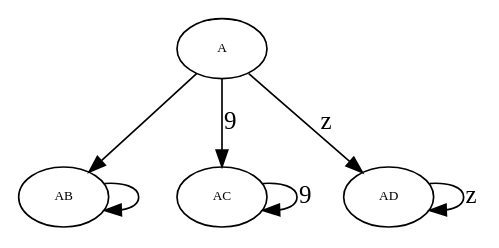
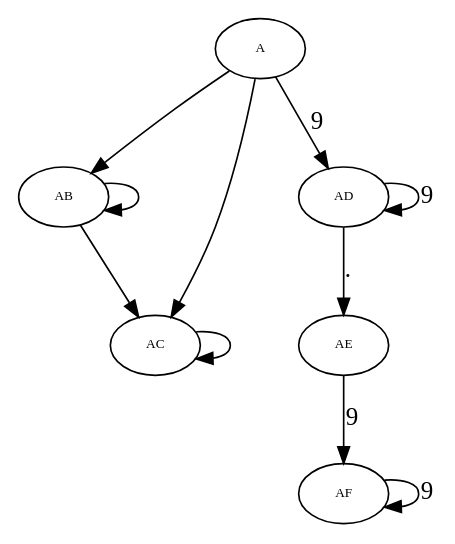
Before and after one commit to GDawg4/P1: the diagram in graph_direct_other.dot, drawn with Graphviz. The commit also changed 15 other files, not shown here.

```diff
--- a/graph_direct_other.dot
+++ b/graph_direct_other.dot
@@ -1,51 +1,81 @@
 digraph RGL__DirectedAdjacencyGraph {
     A [
         fontsize = 8,
         label = A
     ]
 
     AB [
         fontsize = 8,
         label = AB
     ]
 
     AC [
         fontsize = 8,
         label = AC
     ]
 
     AD [
         fontsize = 8,
         label = AD
     ]
 
+    AE [
+        fontsize = 8,
+        label = AE
+    ]
+
+    AF [
+        fontsize = 8,
+        label = AF
+    ]
+
     A -> AB [
+        fontsize = 15,
+        label = "	"
+    ]
+
+    A -> AC [
         fontsize = 15,
         label = " "
     ]
 
-    A -> AC [
+    A -> AD [
         fontsize = 15,
         label = 9
     ]
 
-    A -> AD [
+    AB -> AB [
         fontsize = 15,
-        label = z
+        label = "	"
     ]
 
-    AB -> AB [
+    AB -> AC [
         fontsize = 15,
         label = " "
     ]
 
     AC -> AC [
         fontsize = 15,
-        label = 9
+        label = " "
     ]
 
     AD -> AD [
         fontsize = 15,
-        label = z
+        label = 9
+    ]
+
+    AD -> AE [
+        fontsize = 15,
+        label = "."
+    ]
+
+    AE -> AF [
+        fontsize = 15,
+        label = 9
+    ]
+
+    AF -> AF [
+        fontsize = 15,
+        label = 9
     ]
 }
```
